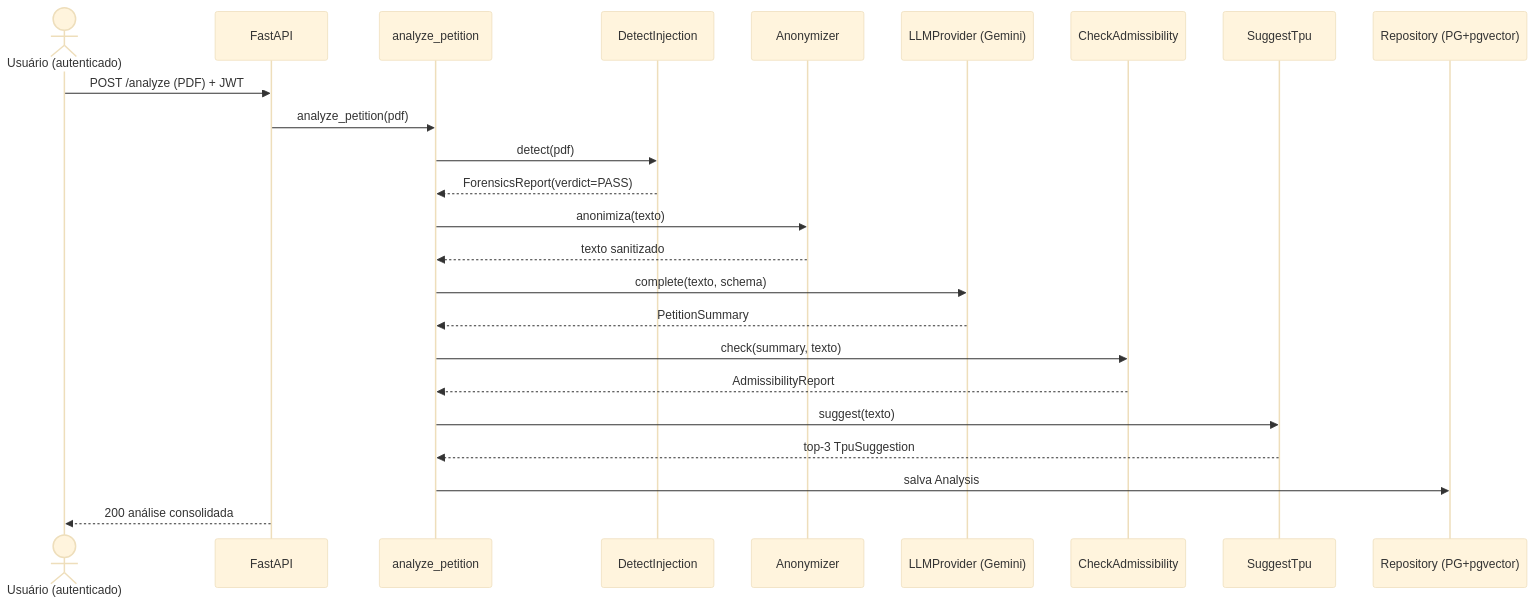
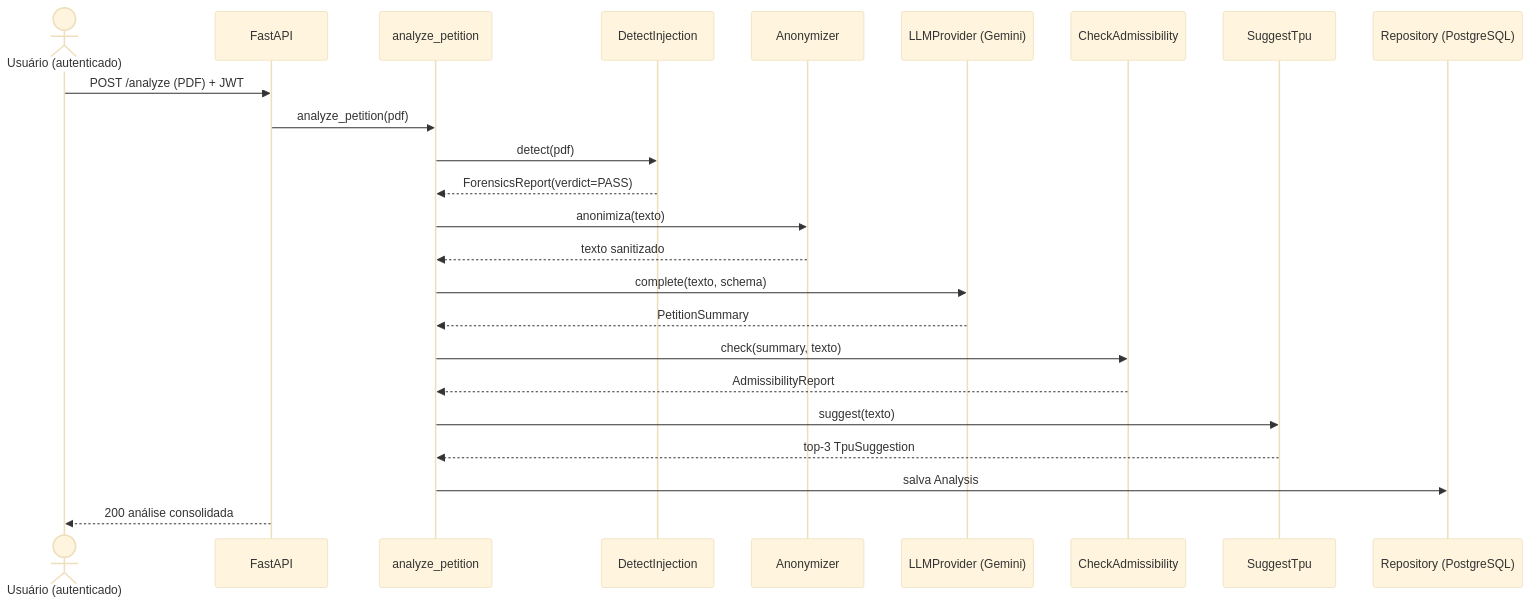
One commit to marcovillar-br/sherpi changed the third of 4 diagrams in docs/tech-spec-sherpi.md. Above: the diagram before and after it, drawn with Mermaid (base theme). The commit also changed other lines of this file and 4 other files, not shown here.

````diff
--- a/docs/tech-spec-sherpi.md
+++ b/docs/tech-spec-sherpi.md
@@ -302,27 +302,27 @@
 ```mermaid
 sequenceDiagram
     actor U as Usuário (autenticado)
     participant API as FastAPI
     participant ORCH as analyze_petition
     participant DI as DetectInjection
     participant AN as Anonymizer
     participant LLM as LLMProvider (Gemini)
     participant ADM as CheckAdmissibility
     participant TPU as SuggestTpu
-    participant DB as Repository (PG+pgvector)
+    participant DB as Repository (PostgreSQL)
 
     U->>API: POST /analyze (PDF) + JWT
     API->>ORCH: analyze_petition(pdf)
     ORCH->>DI: detect(pdf)
     DI-->>ORCH: ForensicsReport(verdict=PASS)
     ORCH->>AN: anonimiza(texto)
     AN-->>ORCH: texto sanitizado
     ORCH->>LLM: complete(texto, schema)
     LLM-->>ORCH: PetitionSummary
     ORCH->>ADM: check(summary, texto)
     ADM-->>ORCH: AdmissibilityReport
     ORCH->>TPU: suggest(texto)
     TPU-->>ORCH: top-3 TpuSuggestion
     ORCH->>DB: salva Analysis
     API-->>U: 200 análise consolidada
 ```
````
